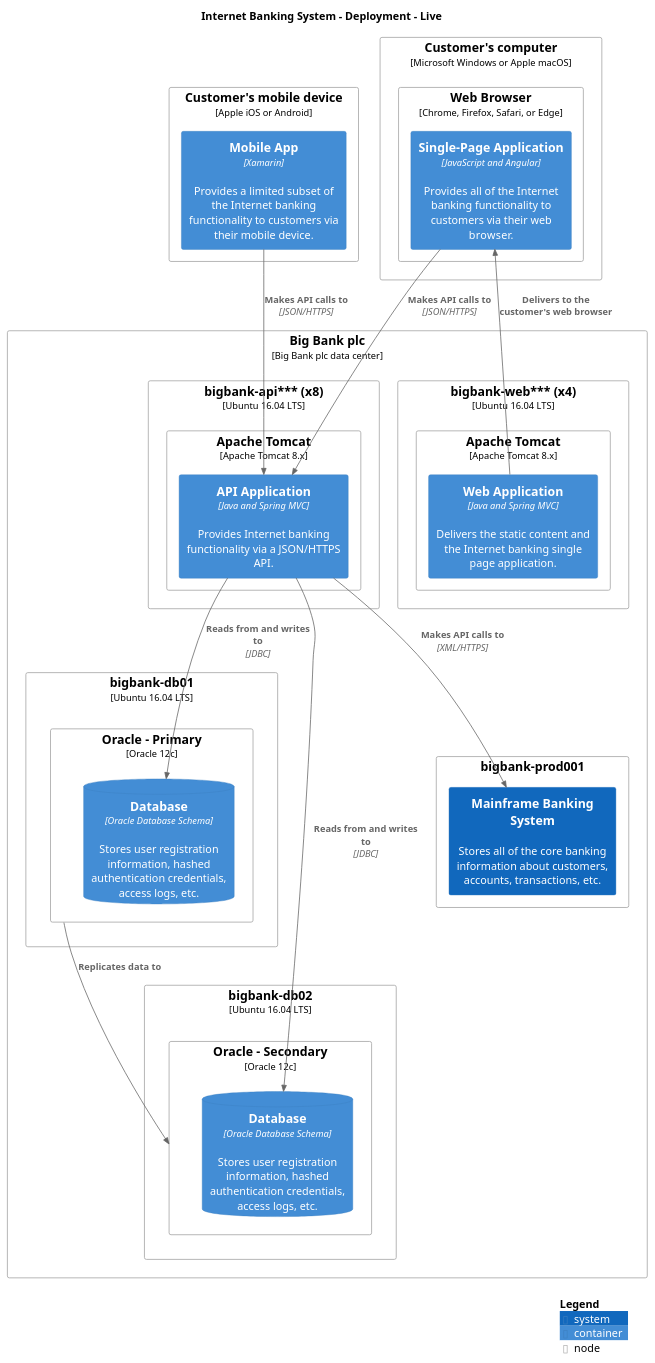
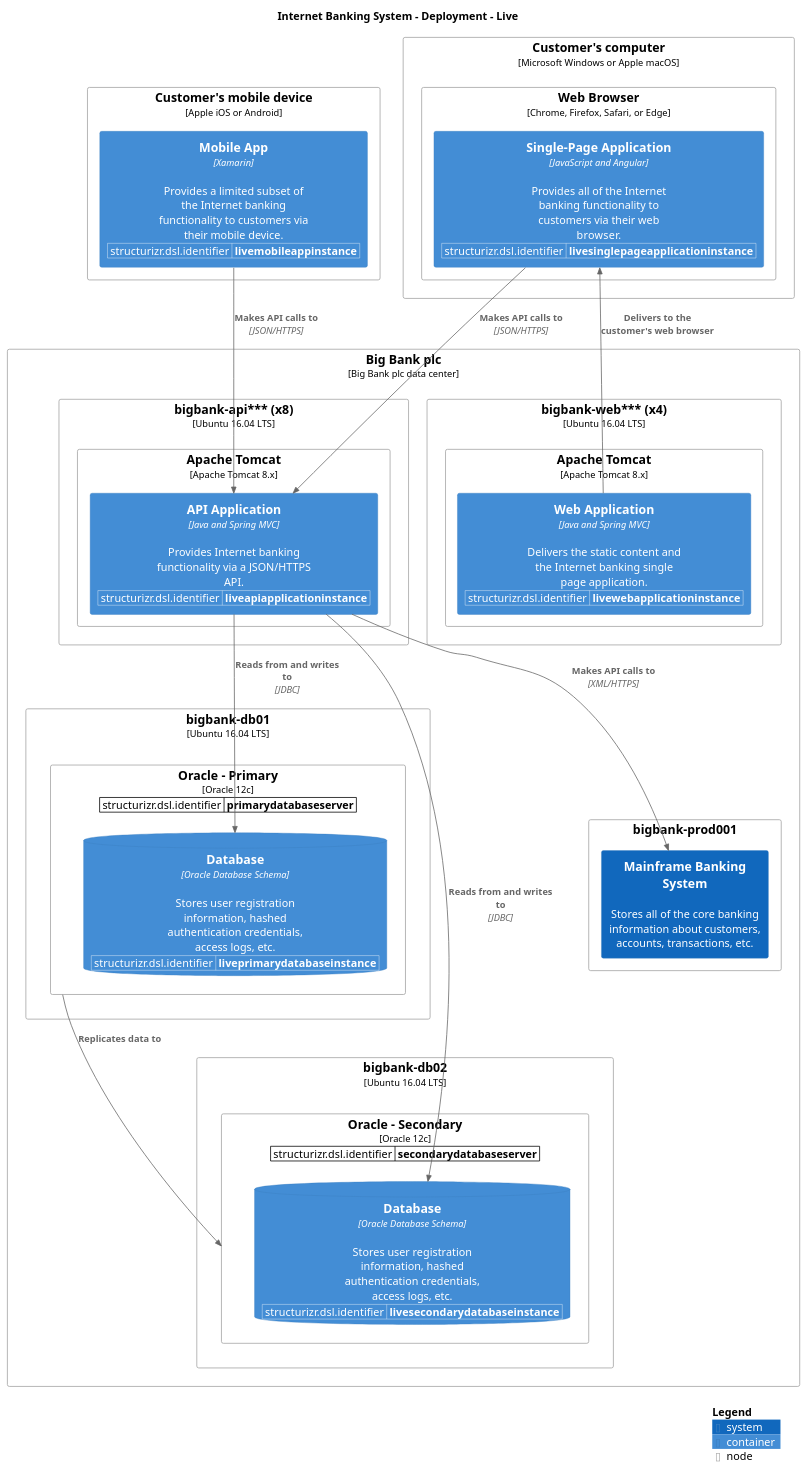
Before and after one commit to avisi-cloud/structurizr-site-generatr: the diagram in puml/LiveDeployment-LiveDeployment.puml, drawn with PlantUML. The commit also changed 78 other files, not shown here.

```diff
--- a/puml/LiveDeployment-LiveDeployment.puml
+++ b/puml/LiveDeployment-LiveDeployment.puml
@@ -1,68 +1,85 @@
 @startuml
+set separator none
 title Internet Banking System - Deployment - Live
 
 top to bottom direction
 
 !include https://raw.githubusercontent.com/plantuml-stdlib/C4-PlantUML/master/C4.puml
 !include https://raw.githubusercontent.com/plantuml-stdlib/C4-PlantUML/master/C4_Context.puml
 !include https://raw.githubusercontent.com/plantuml-stdlib/C4-PlantUML/master/C4_Container.puml
 !include https://raw.githubusercontent.com/plantuml-stdlib/C4-PlantUML/master/C4_Deployment.puml
 
 skinparam svgDimensionStyle false
 skinparam preserveAspectRatio meet
 Deployment_Node(Live.Customersmobiledevice, "Customer's mobile device", "Apple iOS or Android", $tags="") {
+  WithoutPropertyHeader()
+  AddProperty("structurizr.dsl.identifier","livemobileappinstance")
   Container(Live.Customersmobiledevice.MobileApp_1, "Mobile App", "Xamarin", "Provides a limited subset of the Internet banking functionality to customers via their mobile device.", $tags="")
 }
 
 Deployment_Node(Live.Customerscomputer, "Customer's computer", "Microsoft Windows or Apple macOS", $tags="") {
   Deployment_Node(Live.Customerscomputer.WebBrowser, "Web Browser", "Chrome, Firefox, Safari, or Edge", $tags="") {
+    WithoutPropertyHeader()
+    AddProperty("structurizr.dsl.identifier","livesinglepageapplicationinstance")
     Container(Live.Customerscomputer.WebBrowser.SinglePageApplication_1, "Single-Page Application", "JavaScript and Angular", "Provides all of the Internet banking functionality to customers via their web browser.", $tags="")
   }
 
 }
 
 Deployment_Node(Live.BigBankplc, "Big Bank plc", "Big Bank plc data center", $tags="") {
   Deployment_Node(Live.BigBankplc.bigbankapi, "bigbank-api*** (x8)", "Ubuntu 16.04 LTS", $tags="") {
     Deployment_Node(Live.BigBankplc.bigbankapi.ApacheTomcat, "Apache Tomcat", "Apache Tomcat 8.x", $tags="") {
+      WithoutPropertyHeader()
+      AddProperty("structurizr.dsl.identifier","liveapiapplicationinstance")
       Container(Live.BigBankplc.bigbankapi.ApacheTomcat.APIApplication_1, "API Application", "Java and Spring MVC", "Provides Internet banking functionality via a JSON/HTTPS API.", $tags="")
     }
 
   }
 
   Deployment_Node(Live.BigBankplc.bigbankdb01, "bigbank-db01", "Ubuntu 16.04 LTS", $tags="") {
+    WithoutPropertyHeader()
+    AddProperty("structurizr.dsl.identifier","primarydatabaseserver")
     Deployment_Node(Live.BigBankplc.bigbankdb01.OraclePrimary, "Oracle - Primary", "Oracle 12c", $tags="") {
+      WithoutPropertyHeader()
+      AddProperty("structurizr.dsl.identifier","liveprimarydatabaseinstance")
       ContainerDb(Live.BigBankplc.bigbankdb01.OraclePrimary.Database_1, "Database", "Oracle Database Schema", "Stores user registration information, hashed authentication credentials, access logs, etc.", $tags="")
     }
 
   }
 
   Deployment_Node(Live.BigBankplc.bigbankdb02, "bigbank-db02", "Ubuntu 16.04 LTS", $tags="") {
+    WithoutPropertyHeader()
+    AddProperty("structurizr.dsl.identifier","secondarydatabaseserver")
     Deployment_Node(Live.BigBankplc.bigbankdb02.OracleSecondary, "Oracle - Secondary", "Oracle 12c", $tags="") {
+      WithoutPropertyHeader()
+      AddProperty("structurizr.dsl.identifier","livesecondarydatabaseinstance")
       ContainerDb(Live.BigBankplc.bigbankdb02.OracleSecondary.Database_1, "Database", "Oracle Database Schema", "Stores user registration information, hashed authentication credentials, access logs, etc.", $tags="")
     }
 
   }
 
   Deployment_Node(Live.BigBankplc.bigbankprod001, "bigbank-prod001", $tags="") {
     System(Live.BigBankplc.bigbankprod001.MainframeBankingSystem_1, "Mainframe Banking System", "Stores all of the core banking information about customers, accounts, transactions, etc.", $tags="")
   }
 
   Deployment_Node(Live.BigBankplc.bigbankweb, "bigbank-web*** (x4)", "Ubuntu 16.04 LTS", $tags="") {
     Deployment_Node(Live.BigBankplc.bigbankweb.ApacheTomcat, "Apache Tomcat", "Apache Tomcat 8.x", $tags="") {
+      WithoutPropertyHeader()
+      AddProperty("structurizr.dsl.identifier","livewebapplicationinstance")
       Container(Live.BigBankplc.bigbankweb.ApacheTomcat.WebApplication_1, "Web Application", "Java and Spring MVC", "Delivers the static content and the Internet banking single page application.", $tags="")
     }
 
   }
 
 }
 
 Rel_D(Live.BigBankplc.bigbankweb.ApacheTomcat.WebApplication_1, Live.Customerscomputer.WebBrowser.SinglePageApplication_1, "Delivers to the customer's web browser", $tags="")
 Rel_D(Live.Customerscomputer.WebBrowser.SinglePageApplication_1, Live.BigBankplc.bigbankapi.ApacheTomcat.APIApplication_1, "Makes API calls to", "JSON/HTTPS", $tags="")
 Rel_D(Live.Customersmobiledevice.MobileApp_1, Live.BigBankplc.bigbankapi.ApacheTomcat.APIApplication_1, "Makes API calls to", "JSON/HTTPS", $tags="")
 Rel_D(Live.BigBankplc.bigbankapi.ApacheTomcat.APIApplication_1, Live.BigBankplc.bigbankdb01.OraclePrimary.Database_1, "Reads from and writes to", "JDBC", $tags="")
 Rel_D(Live.BigBankplc.bigbankapi.ApacheTomcat.APIApplication_1, Live.BigBankplc.bigbankdb02.OracleSecondary.Database_1, "Reads from and writes to", "JDBC", $tags="")
 Rel_D(Live.BigBankplc.bigbankapi.ApacheTomcat.APIApplication_1, Live.BigBankplc.bigbankprod001.MainframeBankingSystem_1, "Makes API calls to", "XML/HTTPS", $tags="")
 Rel_D(Live.BigBankplc.bigbankdb01.OraclePrimary, Live.BigBankplc.bigbankdb02.OracleSecondary, "Replicates data to", $tags="")
 
 SHOW_LEGEND(true)
 @enduml
```
